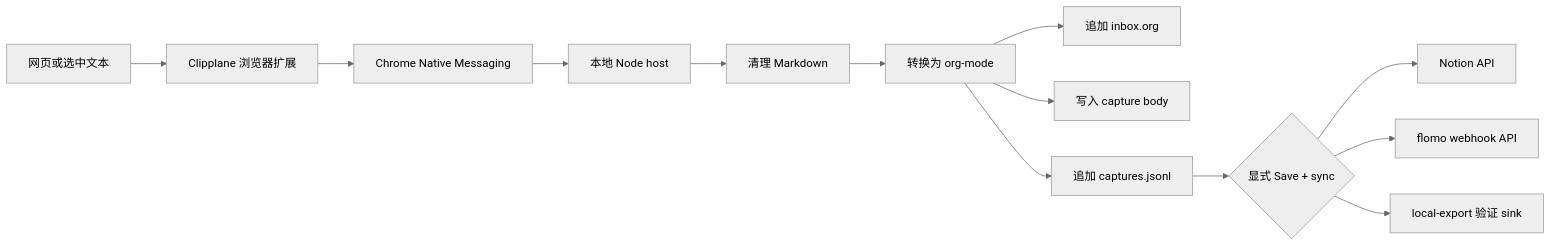
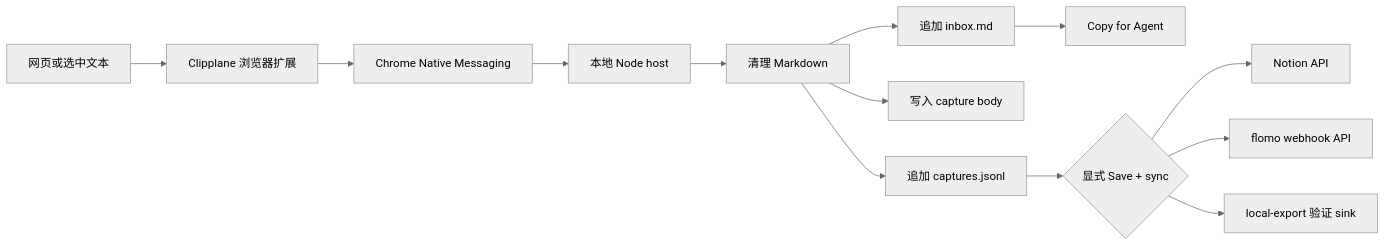
One commit to KKenny0/Clipplane changed the diagram in README.md. Above: the diagram before and after it, drawn with Mermaid (neutral theme). The commit also changed other lines of this file and 39 other files, not shown here.

Commit message:
feat: migrate capture inbox to markdown and harden lifecycle recovery

````diff
--- a/README.md
+++ b/README.md
@@ -155,15 +155,15 @@
 ```mermaid
 flowchart LR
   A[网页或选中文本] --> B[Clipplane 浏览器扩展]
   B --> C[Chrome Native Messaging]
   C --> D[本地 Node host]
   D --> E[清理 Markdown]
-  E --> F[转换为 org-mode]
-  F --> G[追加 inbox.org]
-  F --> H[写入 capture body]
-  F --> I[追加 captures.jsonl]
+  E --> G[追加 inbox.md]
+  E --> H[写入 capture body]
+  E --> I[追加 captures.jsonl]
+  G --> N[Copy for Agent]
   I --> J{显式 Save + sync}
   J --> K[Notion API]
   J --> L[flomo webhook API]
   J --> M[local-export 验证 sink]
 ```
````
